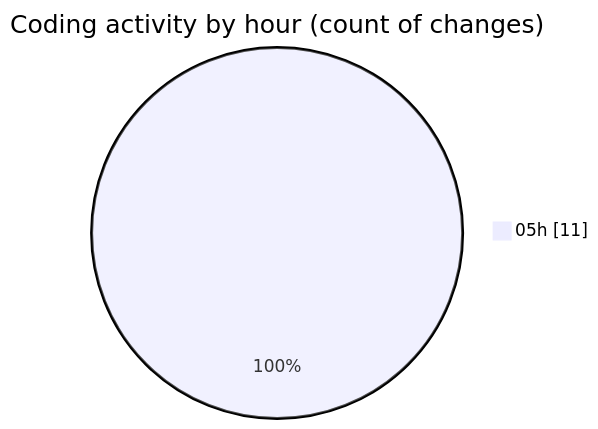
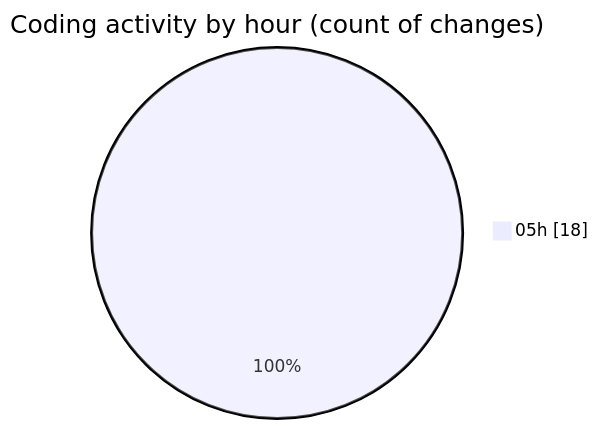
The second of 2 diagrams in 2025-04-03/konstruct/README.md (charlie-sans/code-tracking), drawn with Mermaid before and after one commit. The commit also changed other lines of this file and 1 other file, not shown here.

````diff
--- a/2025-04-03/konstruct/README.md
+++ b/2025-04-03/konstruct/README.md
@@ -36,5 +40,5 @@
 ```mermaid
 pie showData
 title Coding activity by hour (count of changes)
-"05h" : 11
+"05h" : 18
 ```
````
